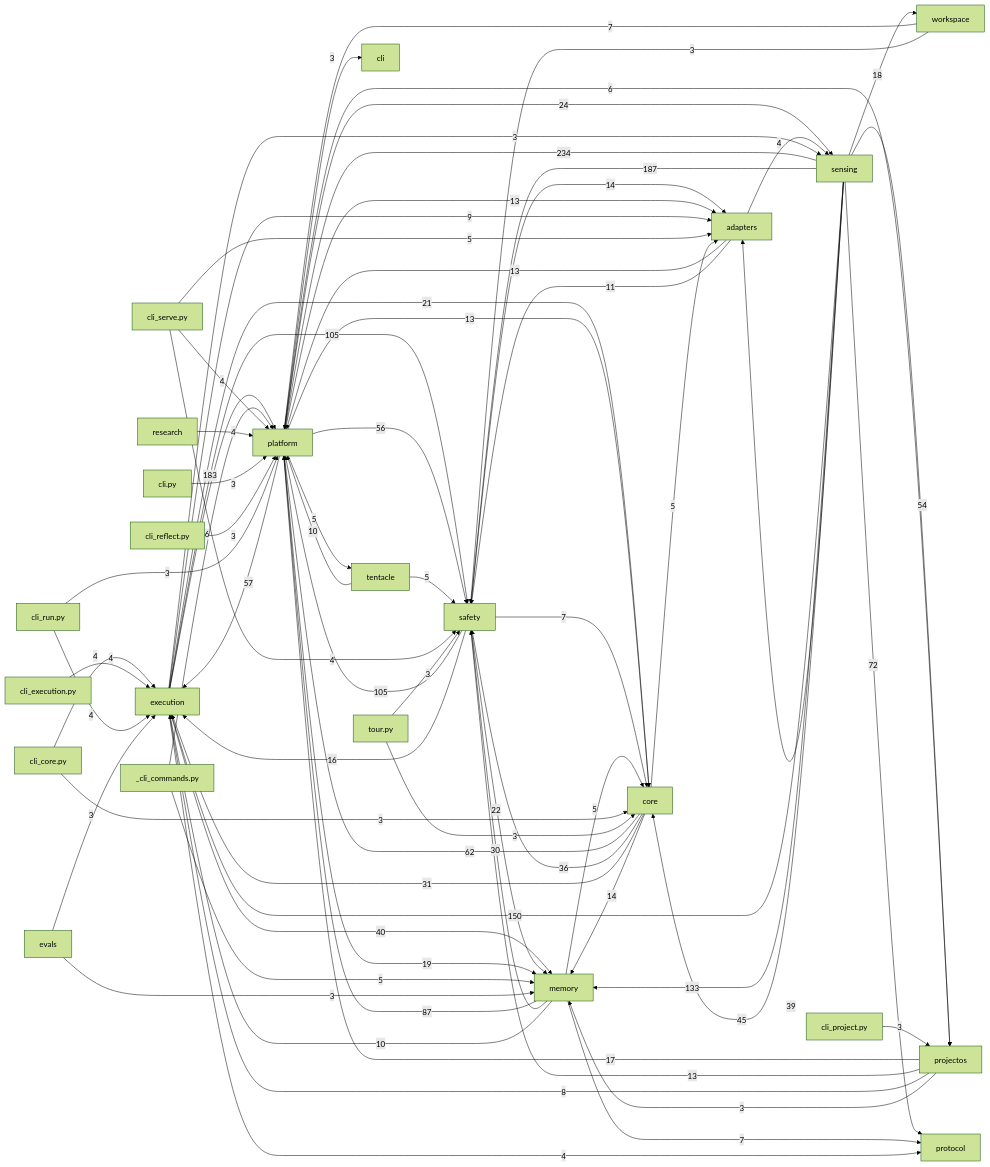
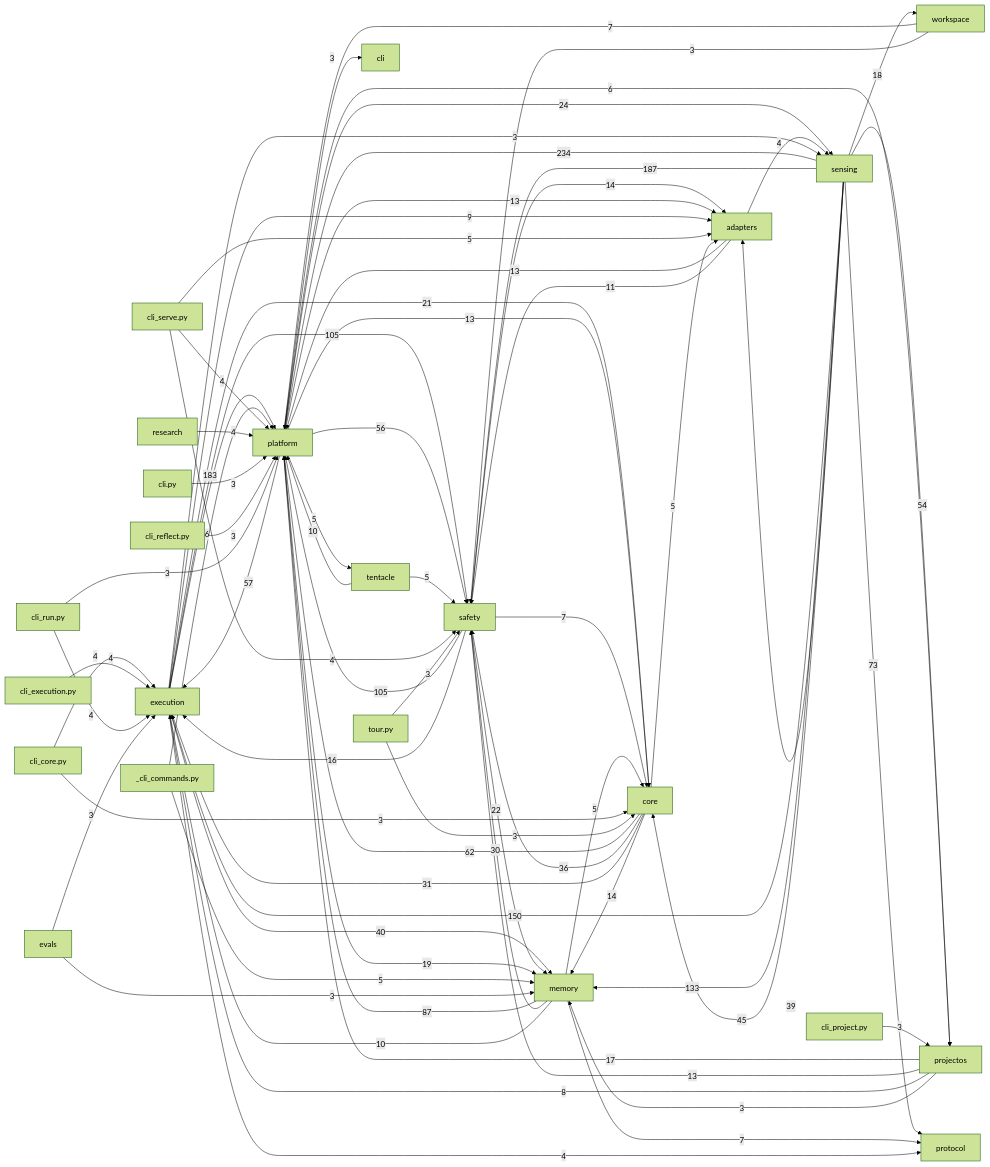
The diagram in docs/auto/20-backend/index.md (dengdenghua/echo-ai), drawn with Mermaid (forest theme) before and after one commit. The commit also changed 31 other files, not shown here.

````diff
--- a/docs/auto/20-backend/index.md
+++ b/docs/auto/20-backend/index.md
@@ -26,79 +26,79 @@
 ```mermaid
 graph LR
   execution[execution]
   core[core]
   safety[safety]
   memory[memory]
   sensing[sensing]
   adapters[adapters]
   platform[platform]
   sensing -- 234 --> platform
   sensing -- 187 --> safety
   execution -- 183 --> platform
   sensing -- 150 --> execution
   sensing -- 133 --> memory
   execution -- 105 --> safety
   safety -- 105 --> platform
   memory -- 87 --> platform
-  sensing -- 72 --> protocol
+  sensing -- 73 --> protocol
   core -- 62 --> platform
   platform -- 57 --> execution
   platform -- 56 --> safety
   sensing -- 54 --> projectos
   sensing -- 45 --> core
   execution -- 40 --> memory
   sensing -- 39 --> adapters
   core -- 36 --> safety
   core -- 31 --> execution
   memory -- 30 --> safety
   platform -- 24 --> sensing
   safety -- 22 --> memory
   execution -- 21 --> core
   platform -- 19 --> memory
   sensing -- 18 --> workspace
   projectos -- 17 --> platform
   safety -- 16 --> execution
   core -- 14 --> memory
   safety -- 14 --> adapters
   adapters -- 13 --> platform
   platform -- 13 --> adapters
   platform -- 13 --> core
   projectos -- 13 --> safety
   adapters -- 11 --> safety
   memory -- 10 --> execution
   tentacle -- 10 --> platform
   execution -- 9 --> adapters
   projectos -- 8 --> execution
   memory -- 7 --> protocol
   safety -- 7 --> core
   workspace -- 7 --> platform
   _cli_commands.py -- 6 --> platform
   platform -- 6 --> projectos
   _cli_commands.py -- 5 --> memory
   cli_serve.py -- 5 --> adapters
   core -- 5 --> adapters
   memory -- 5 --> core
   platform -- 5 --> tentacle
   tentacle -- 5 --> safety
   adapters -- 4 --> sensing
   cli_core.py -- 4 --> execution
   cli_execution.py -- 4 --> execution
   cli_run.py -- 4 --> execution
   cli_serve.py -- 4 --> platform
   cli_serve.py -- 4 --> safety
   execution -- 4 --> protocol
   research -- 4 --> platform
   cli.py -- 3 --> platform
   cli_core.py -- 3 --> core
   cli_project.py -- 3 --> projectos
   cli_reflect.py -- 3 --> platform
   cli_run.py -- 3 --> platform
   evals -- 3 --> execution
   evals -- 3 --> memory
   execution -- 3 --> sensing
   platform -- 3 --> cli
   projectos -- 3 --> memory
   tour.py -- 3 --> core
   tour.py -- 3 --> safety
   workspace -- 3 --> safety
 ```
````
